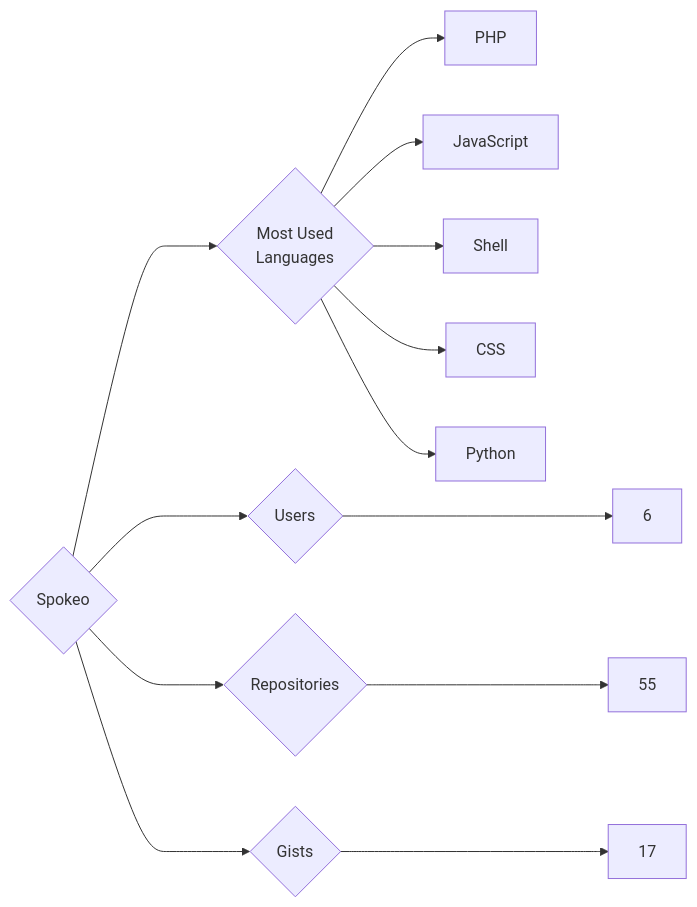
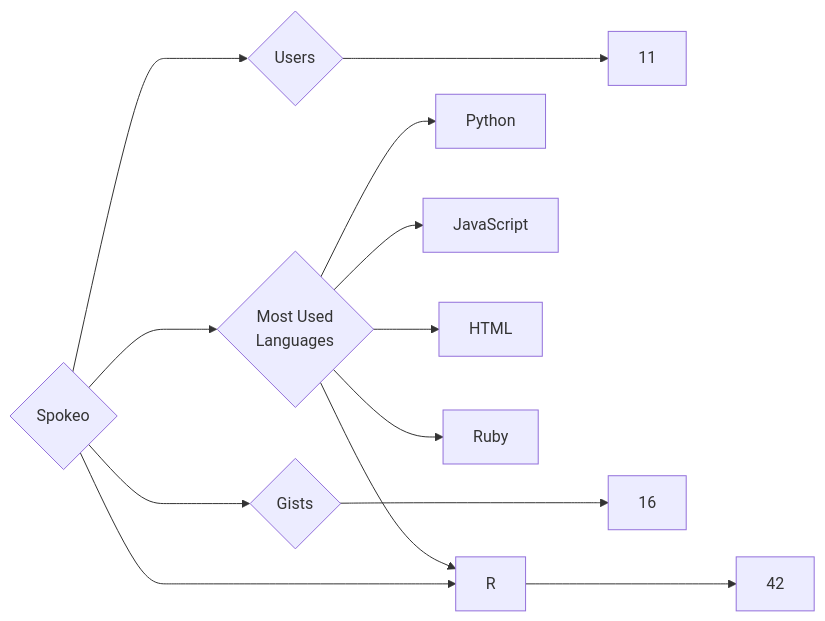
The diagram in targets/Spokeo/README.md (trickest/insiders), drawn with Mermaid before and after one commit. The commit also changed 928 other files, not shown here.

````diff
--- a/targets/Spokeo/README.md
+++ b/targets/Spokeo/README.md
@@ -3,13 +3,13 @@
 ```mermaid
 graph LR
 COMPANY_NAME{Spokeo}
-COMPANY_NAME ---> U{Users} ---> UN[6]
-COMPANY_NAME ---> R{Repositories} ---> RN[55]
-COMPANY_NAME ---> G{Gists} ---> GN[17]
+COMPANY_NAME ---> U{Users} ---> UN[11]
+COMPANY_NAME ---> R{Repositories} ---> RN[42]
+COMPANY_NAME ---> G{Gists} ---> GN[16]
 COMPANY_NAME ---> ML{Most Used<br>Languages}
-ML --> PHP[PHP]
+ML --> Python[Python]
 ML --> JavaScript[JavaScript]
-ML --> Shell[Shell]
-ML --> CSS[CSS]
-ML --> Python[Python]
+ML --> HTML[HTML]
+ML --> Ruby[Ruby]
+ML --> R[R]
 ```
````
